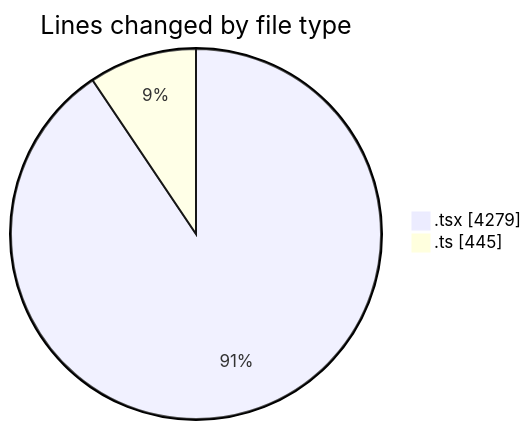
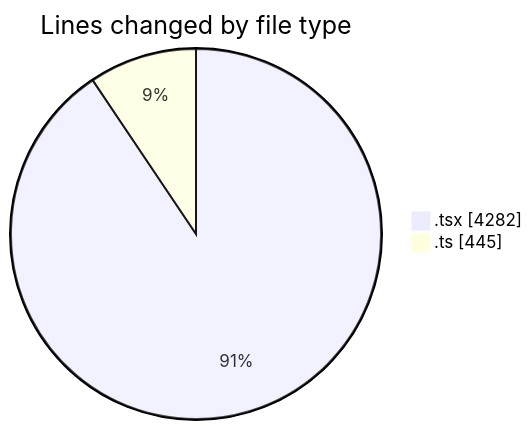
The first of 2 diagrams in 2025-09-24/cda/README.md (momahboobian/code-tracking), drawn with Mermaid before and after one commit. The commit also changed other lines of this file and 1 other file, not shown here.

````diff
--- a/2025-09-24/cda/README.md
+++ b/2025-09-24/cda/README.md
@@ -34,6 +34,6 @@
 ```mermaid
 pie showData
 title Lines changed by file type
-".tsx" : 4279
+".tsx" : 4282
 ".ts" : 445
 ```
````
